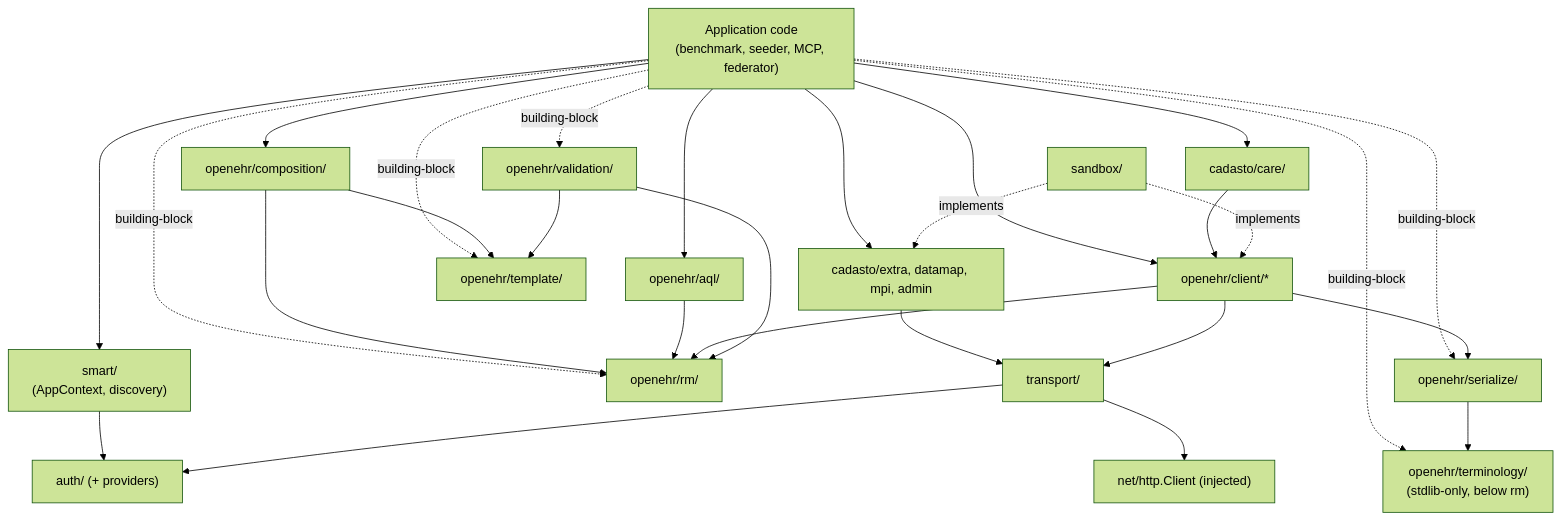
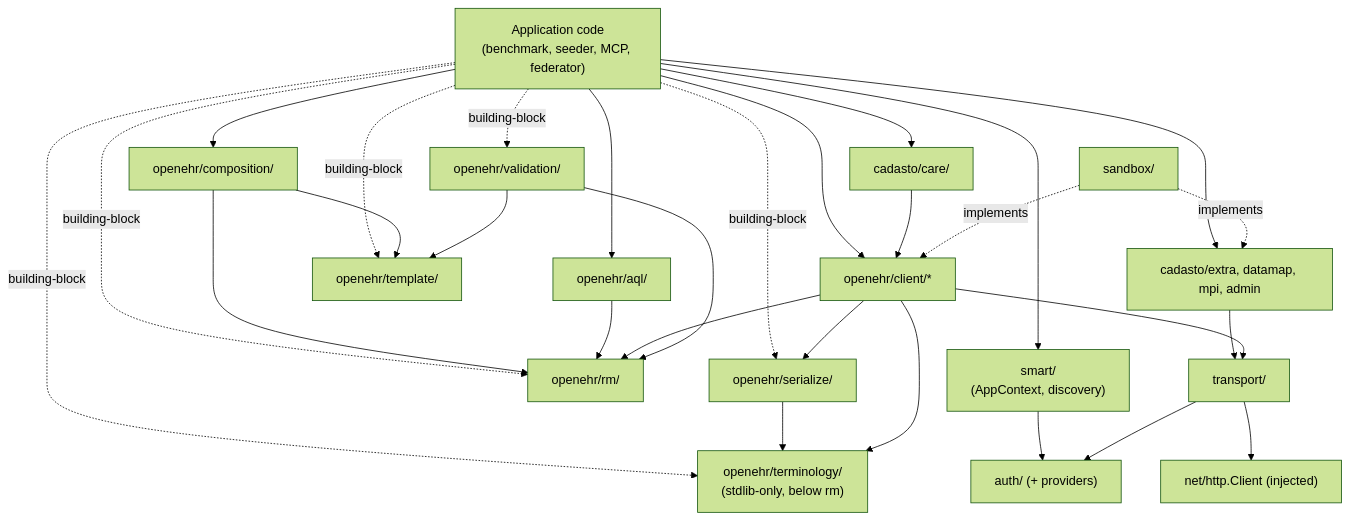
One commit to Cadasto/openehr-sdk-go changed the first of 2 diagrams in docs/architecture.md. Above: the diagram before and after it, drawn with Mermaid (forest theme). The commit also changed 5 other files, not shown here.

````diff
--- a/docs/architecture.md
+++ b/docs/architecture.md
@@ -43,48 +43,49 @@
 ```mermaid
 flowchart TD
   App["Application code<br/>(benchmark, seeder, MCP, federator)"]
   Care["cadasto/care/"]
   Cadasto["cadasto/extra, datamap, mpi, admin"]
   Smart["smart/<br/>(AppContext, discovery)"]
   Composition["openehr/composition/"]
   Aql["openehr/aql/"]
   Client["openehr/client/*"]
   Rm["openehr/rm/"]
   Terminology["openehr/terminology/<br/>(stdlib-only, below rm)"]
   Serialize["openehr/serialize/"]
   Validation["openehr/validation/"]
   Template["openehr/template/"]
   Http["transport/"]
   Auth["auth/ (+ providers)"]
   StdHttp["net/http.Client (injected)"]
   Sandbox["sandbox/"]
 
   App --> Care
   App --> Smart
   App --> Composition
   App --> Aql
   App --> Client
   App --> Cadasto
   App -. building-block .-> Rm
   App -. building-block .-> Serialize
   App -. building-block .-> Validation
   App -. building-block .-> Template
   App -. building-block .-> Terminology
   Serialize --> Terminology
+  Client --> Terminology
 
   Care --> Client
   Cadasto --> Http
   Smart --> Auth
   Composition --> Template
   Composition --> Rm
   Aql --> Rm
   Client --> Http
   Client --> Rm
   Client --> Serialize
   Validation --> Rm
   Validation --> Template
   Http --> Auth
   Http --> StdHttp
   Sandbox -. implements .-> Client
   Sandbox -. implements .-> Cadasto
 ```
````
